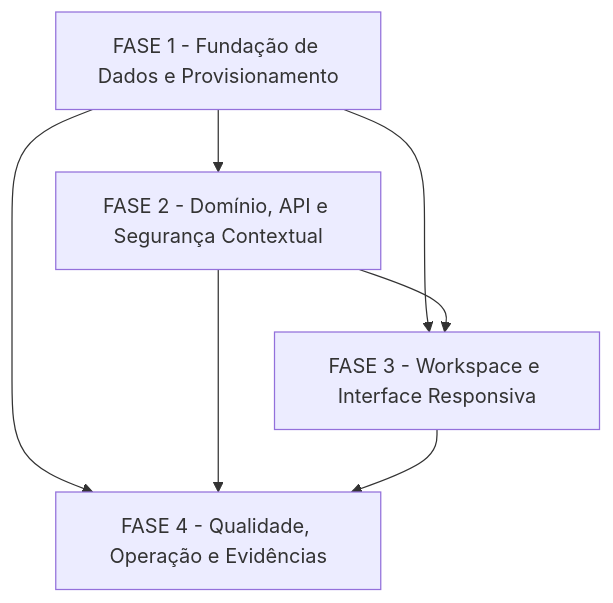
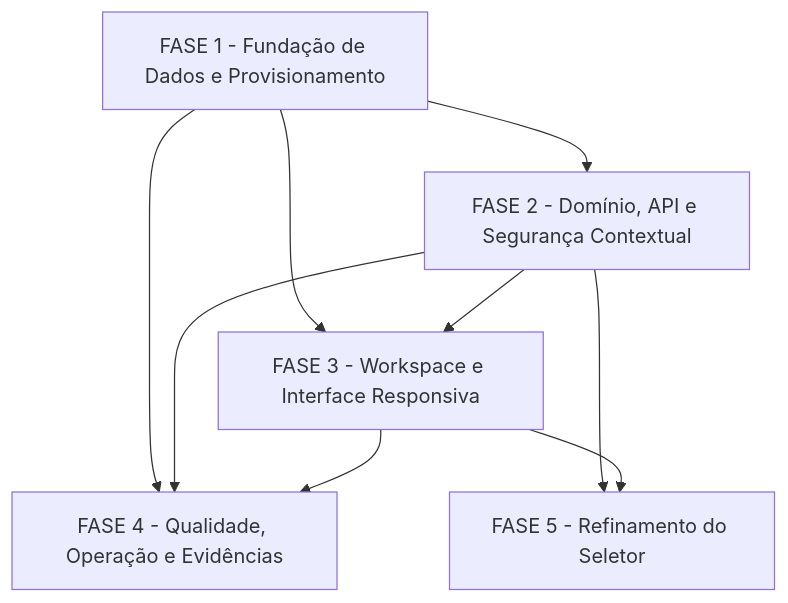
Before and after one commit to rodrigogml/rinosOne: the diagram in docs/specs/tenant-foundation/tasks.md, drawn with Mermaid. The commit also changed other lines of this file and 18 other files, not shown here.

````diff
--- a/docs/specs/tenant-foundation/tasks.md
+++ b/docs/specs/tenant-foundation/tasks.md
@@ -169,14 +182,17 @@
 ```mermaid
 flowchart TD
     F1[FASE 1 - Fundação de Dados e Provisionamento]
     F2[FASE 2 - Domínio, API e Segurança Contextual]
     F3[FASE 3 - Workspace e Interface Responsiva]
     F4[FASE 4 - Qualidade, Operação e Evidências]
+    F5[FASE 5 - Refinamento do Seletor]
 
     F1 --> F2
     F1 --> F3
     F2 --> F3
     F1 --> F4
     F2 --> F4
     F3 --> F4
+    F2 --> F5
+    F3 --> F5
 ```
````
